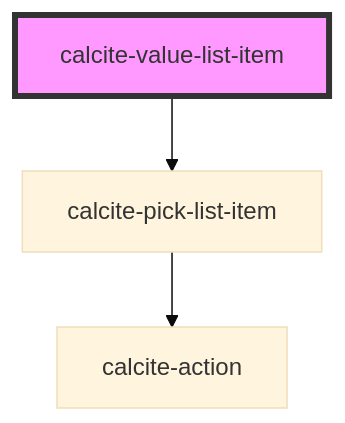
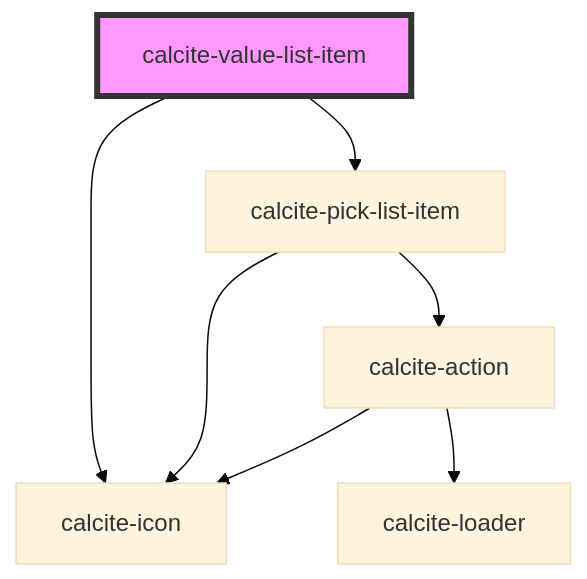
The diagram in src/components/calcite-value-list-item/readme.md (Esri/calcite-design-system), drawn with Mermaid (base theme) before and after one commit. The commit also changed other lines of this file and 27 other files, not shown here.

````diff
--- a/src/components/calcite-value-list-item/readme.md
+++ b/src/components/calcite-value-list-item/readme.md
@@ -48,6 +49,10 @@
 ```mermaid
 graph TD;
+  calcite-value-list-item --> calcite-icon
   calcite-value-list-item --> calcite-pick-list-item
+  calcite-pick-list-item --> calcite-icon
   calcite-pick-list-item --> calcite-action
+  calcite-action --> calcite-loader
+  calcite-action --> calcite-icon
   style calcite-value-list-item fill:#f9f,stroke:#333,stroke-width:4px
 ```
````
